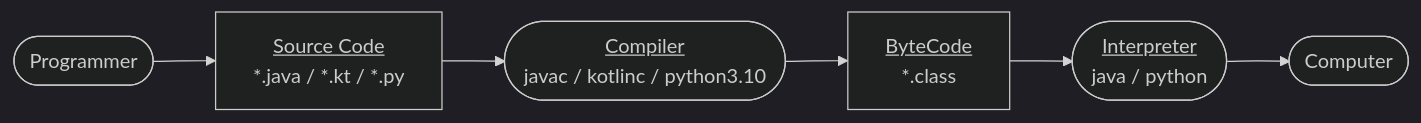
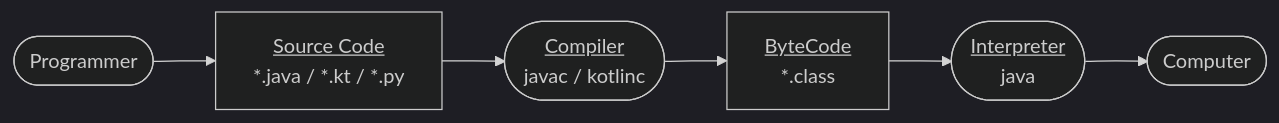
One commit to Animeshz/FOSS changed the fourth of 5 diagrams in L1.md. Above: the diagram before and after it, drawn with Mermaid (dark theme). The commit also changed other lines of this file and 3 other files, not shown here.

````diff
--- a/L1.md
+++ b/L1.md
@@ -277,6 +412,6 @@
 ```mermaid
 flowchart LR
-  A[<u>Source Code</u><br>*.java / *.kt / *.py] --> B([<u>Compiler</u><br>javac / kotlinc / python3.10]) --> C[<u>ByteCode</u><br>*.class] --> F([<u>Interpreter</u><br>java / python])
+  A[<u>Source Code</u><br>*.java / *.kt / *.py] --> B([<u>Compiler</u><br>javac / kotlinc]) --> C[<u>ByteCode</u><br>*.class] --> F([<u>Interpreter</u><br>java])
   D([Programmer]) --> A
   F --> E([Computer])
 ```
````
